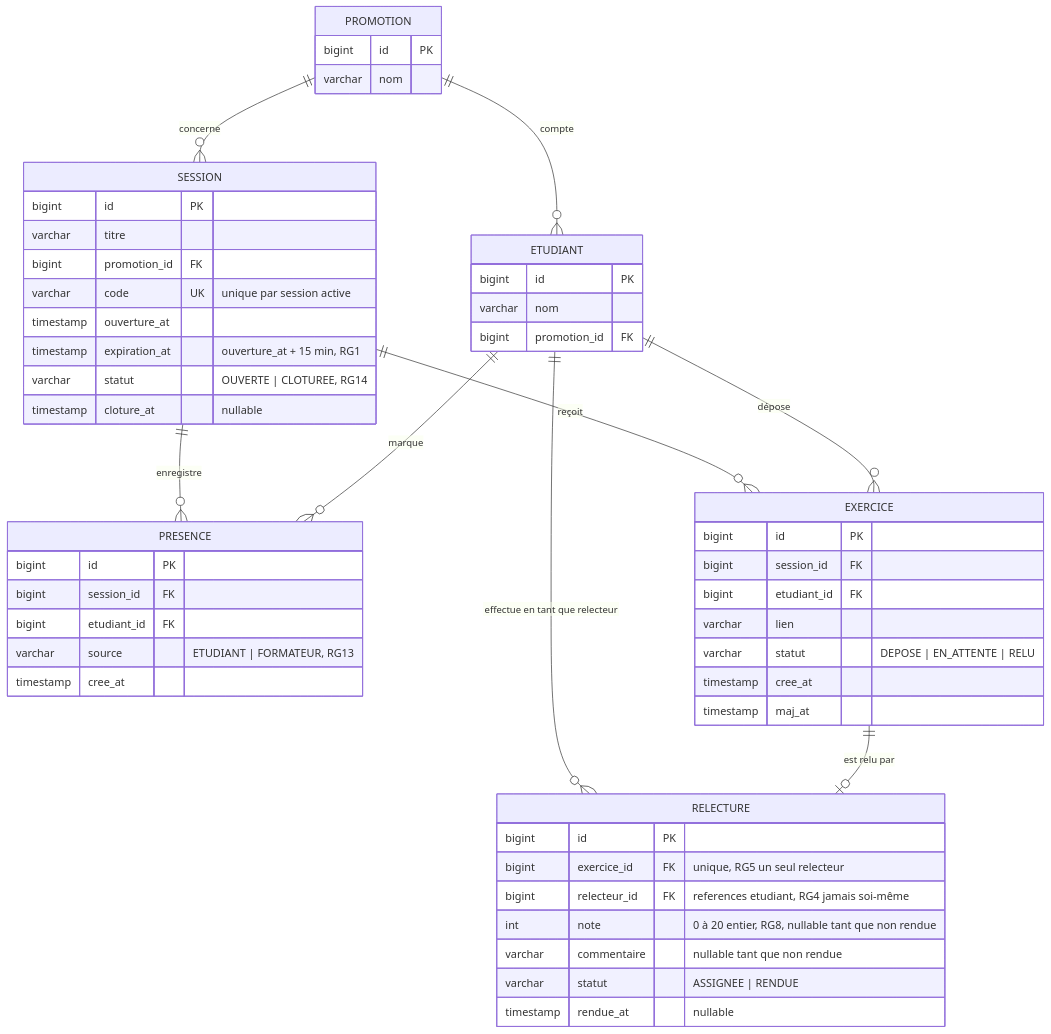
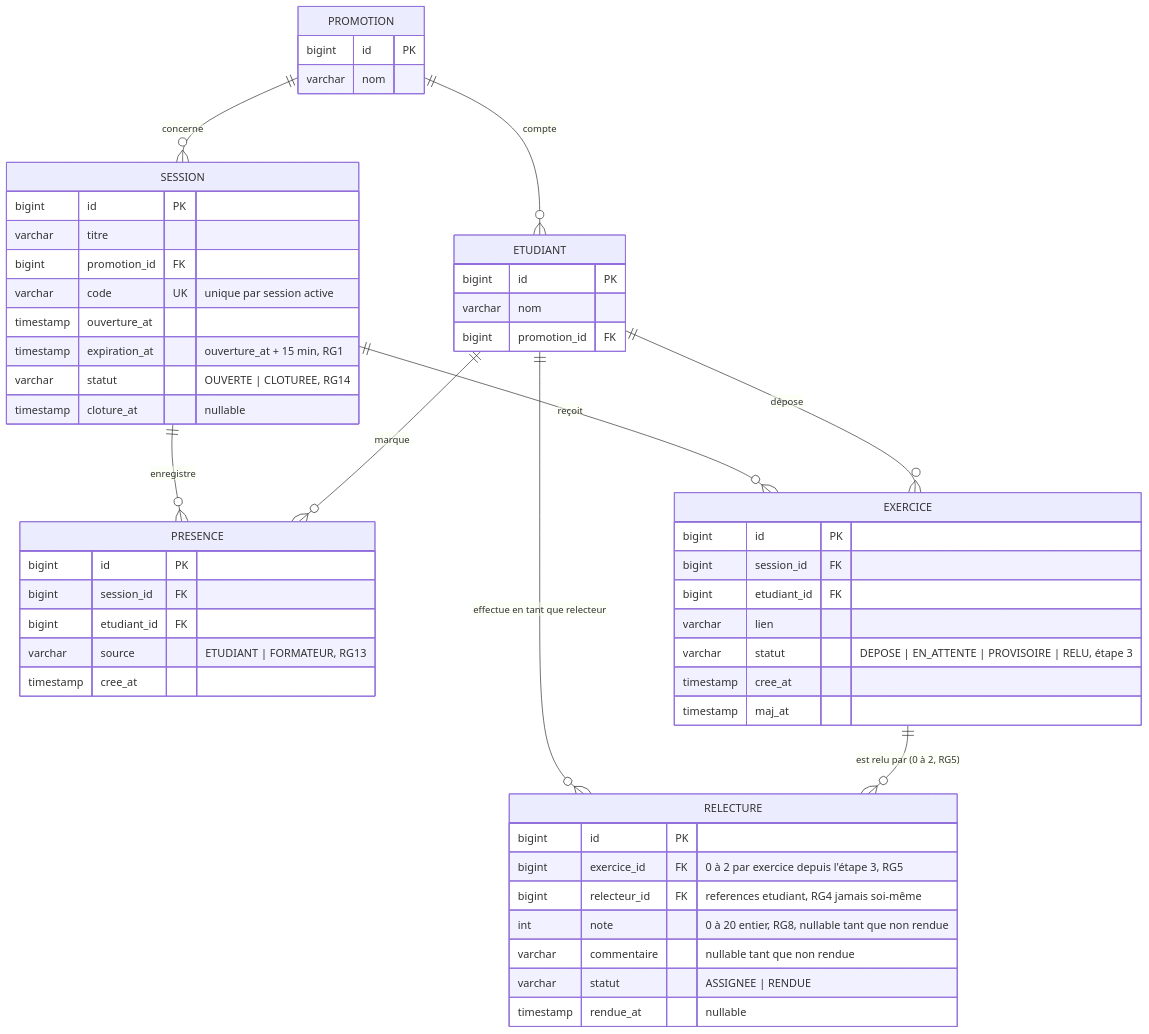
Before and after one commit to LesleyFopa/kfokam48-epreuve-183: the diagram in docs/diagrammes/D2-modele-donnees/D2-modele-donnees.md, drawn with Mermaid. The commit also changed other lines of this file and 3 other files, not shown here.

````diff
--- a/docs/diagrammes/D2-modele-donnees/D2-modele-donnees.md
+++ b/docs/diagrammes/D2-modele-donnees/D2-modele-donnees.md
@@ -7,61 +13,61 @@
 ```mermaid
 erDiagram
     PROMOTION ||--o{ ETUDIANT : "compte"
     PROMOTION ||--o{ SESSION : "concerne"
     SESSION ||--o{ PRESENCE : "enregistre"
     SESSION ||--o{ EXERCICE : "reçoit"
     ETUDIANT ||--o{ PRESENCE : "marque"
     ETUDIANT ||--o{ EXERCICE : "dépose"
     ETUDIANT ||--o{ RELECTURE : "effectue en tant que relecteur"
-    EXERCICE ||--o| RELECTURE : "est relu par"
+    EXERCICE ||--o{ RELECTURE : "est relu par (0 à 2, RG5)"
 
     PROMOTION {
         bigint id PK
         varchar nom
     }
 
     ETUDIANT {
         bigint id PK
         varchar nom
         bigint promotion_id FK
     }
 
     SESSION {
         bigint id PK
         varchar titre
         bigint promotion_id FK
         varchar code UK "unique par session active"
         timestamp ouverture_at
         timestamp expiration_at "ouverture_at + 15 min, RG1"
         varchar statut "OUVERTE | CLOTUREE, RG14"
         timestamp cloture_at "nullable"
     }
 
     PRESENCE {
         bigint id PK
         bigint session_id FK
         bigint etudiant_id FK
         varchar source "ETUDIANT | FORMATEUR, RG13"
         timestamp cree_at
     }
 
     EXERCICE {
         bigint id PK
         bigint session_id FK
         bigint etudiant_id FK
         varchar lien
-        varchar statut "DEPOSE | EN_ATTENTE | RELU"
+        varchar statut "DEPOSE | EN_ATTENTE | PROVISOIRE | RELU, étape 3"
         timestamp cree_at
         timestamp maj_at
     }
 
     RELECTURE {
         bigint id PK
-        bigint exercice_id FK "unique, RG5 un seul relecteur"
+        bigint exercice_id FK "0 à 2 par exercice depuis l'étape 3, RG5"
         bigint relecteur_id FK "references etudiant, RG4 jamais soi-même"
         int note "0 à 20 entier, RG8, nullable tant que non rendue"
         varchar commentaire "nullable tant que non rendue"
         varchar statut "ASSIGNEE | RENDUE"
         timestamp rendue_at "nullable"
     }
 ```
````
